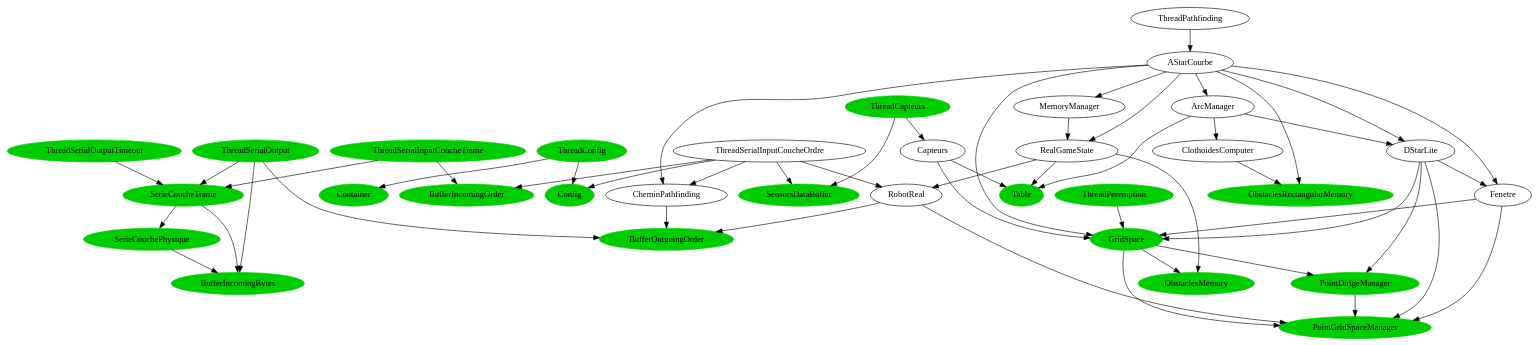
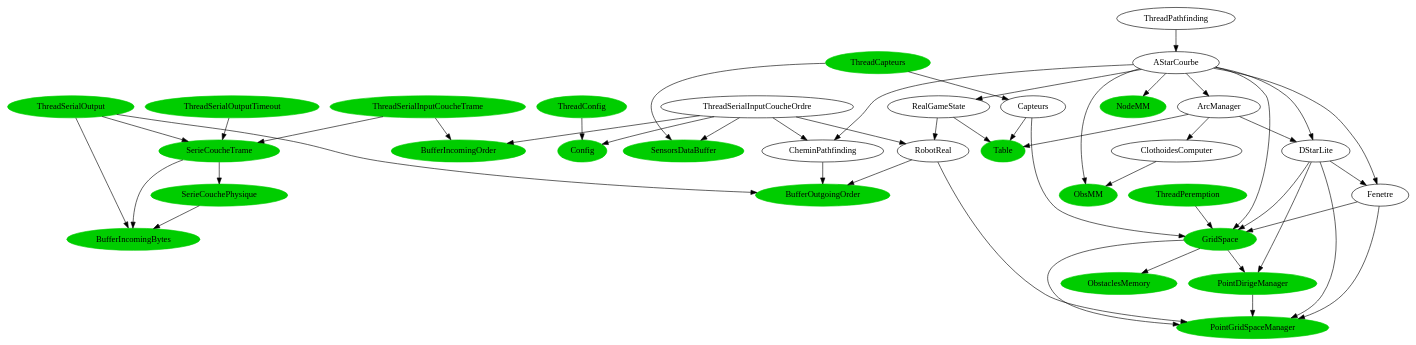
One commit to INTechSenpai/moon-rover changed the diagram in pc/dependances.dot. Above: the diagram before and after it, drawn with Graphviz. The commit also changed 8 other files, not shown here.

```diff
--- a/pc/dependances.dot
+++ b/pc/dependances.dot
@@ -1,130 +1,128 @@
 digraph dependancesJava {
 ThreadCapteurs [color=green3, style=filled];
 SensorsDataBuffer [color=green3, style=filled];
 ThreadCapteurs -> SensorsDataBuffer;
 Capteurs;
 ThreadCapteurs -> Capteurs;
 GridSpace [color=green3, style=filled];
 Capteurs -> GridSpace;
 ObstaclesMemory [color=green3, style=filled];
 GridSpace -> ObstaclesMemory;
 PointGridSpaceManager [color=green3, style=filled];
 GridSpace -> PointGridSpaceManager;
 PointDirigeManager [color=green3, style=filled];
 GridSpace -> PointDirigeManager;
 PointGridSpaceManager [color=green3, style=filled];
 PointDirigeManager -> PointGridSpaceManager;
 Table [color=green3, style=filled];
 Capteurs -> Table;
 ThreadConfig [color=green3, style=filled];
 Config [color=green3, style=filled];
 ThreadConfig -> Config;
-Container [color=green3, style=filled];
-ThreadConfig -> Container;
 ThreadPathfinding;
 AStarCourbe;
 ThreadPathfinding -> AStarCourbe;
 DStarLite;
 AStarCourbe -> DStarLite;
 GridSpace [color=green3, style=filled];
 DStarLite -> GridSpace;
 PointGridSpaceManager [color=green3, style=filled];
 DStarLite -> PointGridSpaceManager;
 PointDirigeManager [color=green3, style=filled];
 DStarLite -> PointDirigeManager;
 Fenetre;
 DStarLite -> Fenetre;
 GridSpace [color=green3, style=filled];
 Fenetre -> GridSpace;
 PointGridSpaceManager [color=green3, style=filled];
 Fenetre -> PointGridSpaceManager;
 ArcManager;
 AStarCourbe -> ArcManager;
 DStarLite;
 ArcManager -> DStarLite;
 ClothoidesComputer;
 ArcManager -> ClothoidesComputer;
-ObstaclesRectangularMemory [color=green3, style=filled];
-ClothoidesComputer -> ObstaclesRectangularMemory;
+ObsMM [color=green3, style=filled];
+ClothoidesComputer -> ObsMM;
 Table [color=green3, style=filled];
 ArcManager -> Table;
 RealGameState;
 AStarCourbe -> RealGameState;
 RobotReal;
 RealGameState -> RobotReal;
 BufferOutgoingOrder [color=green3, style=filled];
 RobotReal -> BufferOutgoingOrder;
 PointGridSpaceManager [color=green3, style=filled];
 RobotReal -> PointGridSpaceManager;
-ObstaclesMemory [color=green3, style=filled];
-RealGameState -> ObstaclesMemory;
 Table [color=green3, style=filled];
 RealGameState -> Table;
 CheminPathfinding;
 AStarCourbe -> CheminPathfinding;
 BufferOutgoingOrder [color=green3, style=filled];
 CheminPathfinding -> BufferOutgoingOrder;
-MemoryManager;
-AStarCourbe -> MemoryManager;
-RealGameState;
-MemoryManager -> RealGameState;
+NodeMM [color=green3, style=filled];
+AStarCourbe -> NodeMM;
 GridSpace [color=green3, style=filled];
 AStarCourbe -> GridSpace;
-ObstaclesRectangularMemory [color=green3, style=filled];
-AStarCourbe -> ObstaclesRectangularMemory;
+ObsMM [color=green3, style=filled];
+AStarCourbe -> ObsMM;
 Fenetre;
 AStarCourbe -> Fenetre;
 ThreadPeremption [color=green3, style=filled];
 GridSpace [color=green3, style=filled];
 ThreadPeremption -> GridSpace;
 ThreadSerialInputCoucheOrdre;
 Config [color=green3, style=filled];
 ThreadSerialInputCoucheOrdre -> Config;
 BufferIncomingOrder [color=green3, style=filled];
 ThreadSerialInputCoucheOrdre -> BufferIncomingOrder;
 SensorsDataBuffer [color=green3, style=filled];
 ThreadSerialInputCoucheOrdre -> SensorsDataBuffer;
 RobotReal;
 ThreadSerialInputCoucheOrdre -> RobotReal;
 CheminPathfinding;
 ThreadSerialInputCoucheOrdre -> CheminPathfinding;
 ThreadSerialInputCoucheTrame [color=green3, style=filled];
 SerieCoucheTrame [color=green3, style=filled];
 ThreadSerialInputCoucheTrame -> SerieCoucheTrame;
 SerieCouchePhysique [color=green3, style=filled];
 SerieCoucheTrame -> SerieCouchePhysique;
 BufferIncomingBytes [color=green3, style=filled];
 SerieCouchePhysique -> BufferIncomingBytes;
 BufferIncomingBytes [color=green3, style=filled];
 SerieCoucheTrame -> BufferIncomingBytes;
 BufferIncomingOrder [color=green3, style=filled];
 ThreadSerialInputCoucheTrame -> BufferIncomingOrder;
 ThreadSerialOutput [color=green3, style=filled];
 SerieCoucheTrame [color=green3, style=filled];
 ThreadSerialOutput -> SerieCoucheTrame;
 BufferOutgoingOrder [color=green3, style=filled];
 ThreadSerialOutput -> BufferOutgoingOrder;
 BufferIncomingBytes [color=green3, style=filled];
 ThreadSerialOutput -> BufferIncomingBytes;
 ThreadSerialOutputTimeout [color=green3, style=filled];
 SerieCoucheTrame [color=green3, style=filled];
 ThreadSerialOutputTimeout -> SerieCoucheTrame;
 Config [color=green3, style=filled];
 Fenetre;
+DStarLite;
+GridSpace [color=green3, style=filled];
+ClothoidesComputer;
+Fenetre;
 ThreadCapteurs [color=green3, style=filled];
 ThreadCapteurs [color=green3, style=filled];
 ThreadConfig [color=green3, style=filled];
 ThreadConfig [color=green3, style=filled];
 ThreadPathfinding;
 ThreadPathfinding;
 ThreadPeremption [color=green3, style=filled];
 ThreadPeremption [color=green3, style=filled];
 ThreadSerialInputCoucheOrdre;
 ThreadSerialInputCoucheOrdre;
 ThreadSerialInputCoucheTrame [color=green3, style=filled];
 ThreadSerialInputCoucheTrame [color=green3, style=filled];
 ThreadSerialOutput [color=green3, style=filled];
 ThreadSerialOutput [color=green3, style=filled];
 ThreadSerialOutputTimeout [color=green3, style=filled];
 ThreadSerialOutputTimeout [color=green3, style=filled];
 }
```
